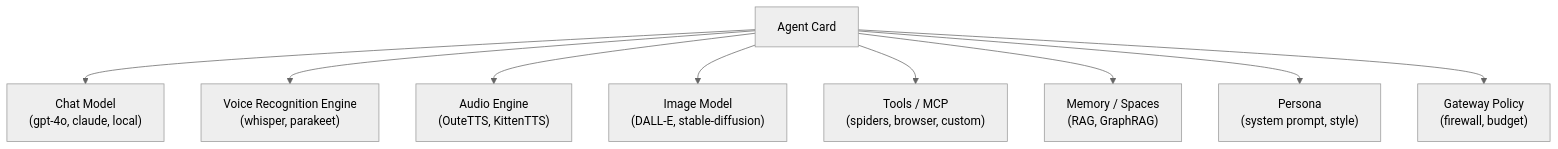
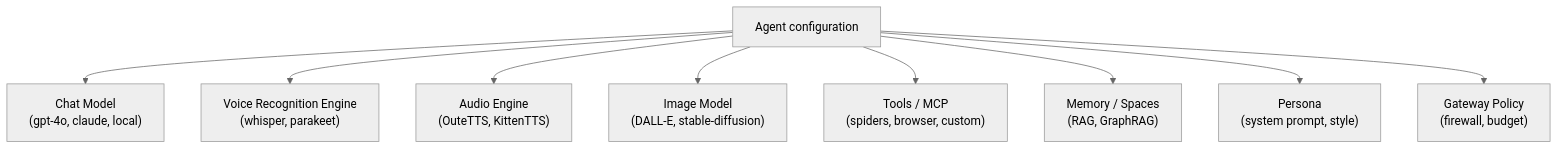
One commit to amajorai/ryu-docs changed the fourth of 4 diagrams in content/docs/start-here/architecture/runnable-model.mdx. Above: the diagram before and after it, drawn with Mermaid (neutral theme). The commit also changed other lines of this file and 968 other files, not shown here.

````diff
--- a/content/docs/start-here/architecture/runnable-model.mdx
+++ b/content/docs/start-here/architecture/runnable-model.mdx
@@ -147,14 +147,14 @@
 ```mermaid
 flowchart TB
-  Agent["Agent Card"]
+  Agent["Agent configuration"]
   Chat["Chat Model\n(gpt-4o, claude, local)"]
   VoiceRecognition["Voice Recognition Engine\n(whisper, parakeet)"]
   Audio["Audio Engine\n(OuteTTS, KittenTTS)"]
   IMG["Image Model\n(DALL-E, stable-diffusion)"]
   Tools["Tools / MCP\n(spiders, browser, custom)"]
   Mem["Memory / Spaces\n(RAG, GraphRAG)"]
   Persona["Persona\n(system prompt, style)"]
   Policy["Gateway Policy\n(firewall, budget)"]
 
   Agent --> Chat & VoiceRecognition & Audio & IMG & Tools & Mem & Persona & Policy
 ```
````
